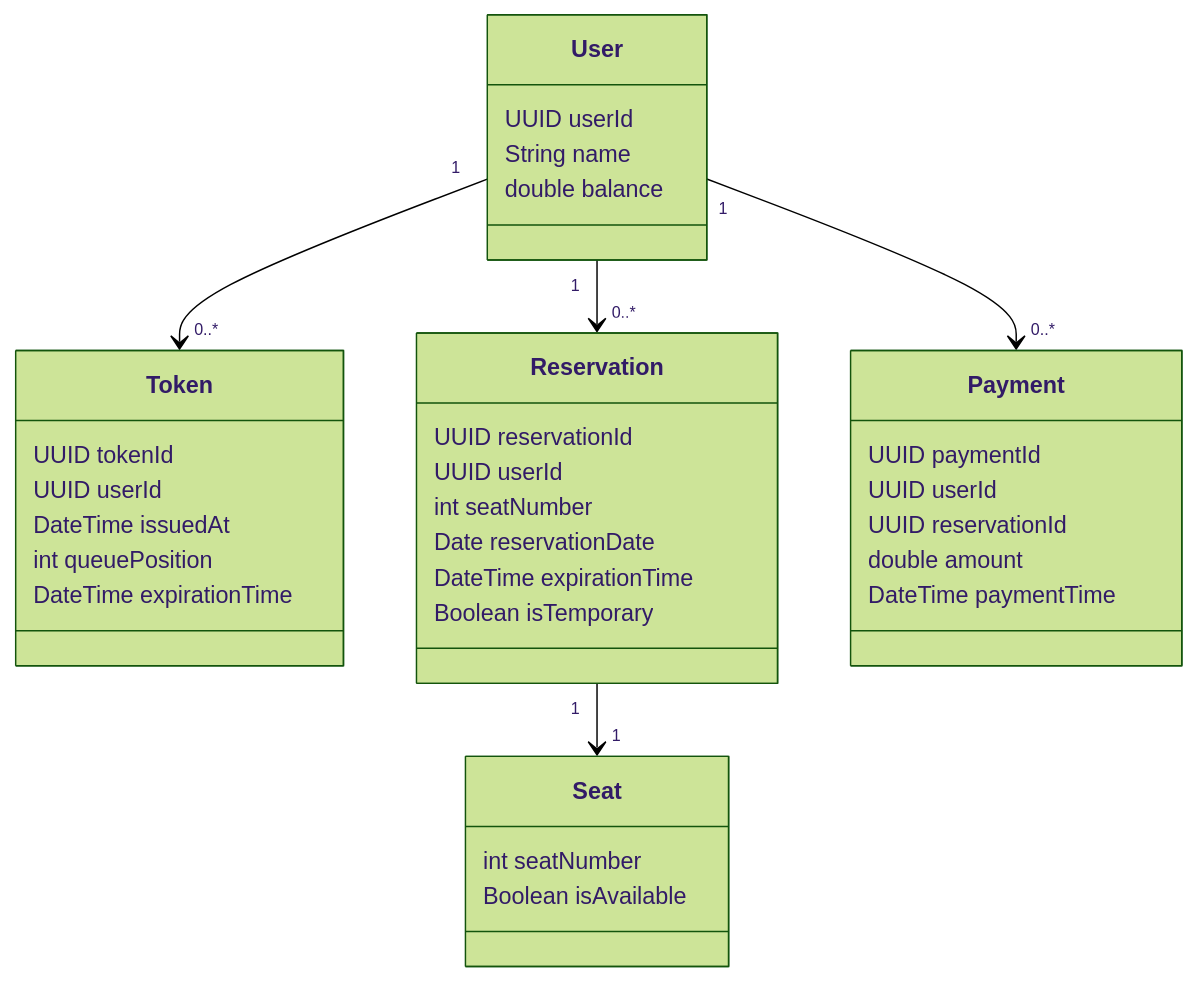
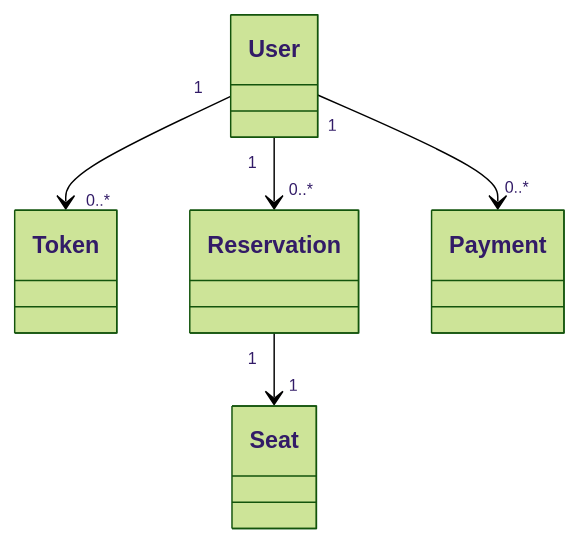
The second of 2 diagrams in README.md (fatallinverno/hhplus-concert-reservation), drawn with Mermaid (forest theme) before and after one commit.

Commit message:
도메인모델링 업데이트

````diff
--- a/README.md
+++ b/README.md
@@ -36,43 +36,22 @@
 ```mermaid
 classDiagram
     class User {
-        UUID userId
-        String name
-        double balance
     }
     
     class Token {
-        UUID tokenId
-        UUID userId
-        DateTime issuedAt
-        int queuePosition
-        DateTime expirationTime
     }
     
     class Reservation {
-        UUID reservationId
-        UUID userId
-        int seatNumber
-        Date reservationDate
-        DateTime expirationTime
-        Boolean isTemporary
     }
     
     class Payment {
-        UUID paymentId
-        UUID userId
-        UUID reservationId
-        double amount
-        DateTime paymentTime
     }
     
     class Seat {
-        int seatNumber
-        Boolean isAvailable
     }
 
     User "1" --> "0..*" Token
     User "1" --> "0..*" Reservation
     User "1" --> "0..*" Payment
     Reservation "1" --> "1" Seat
 ```
````
